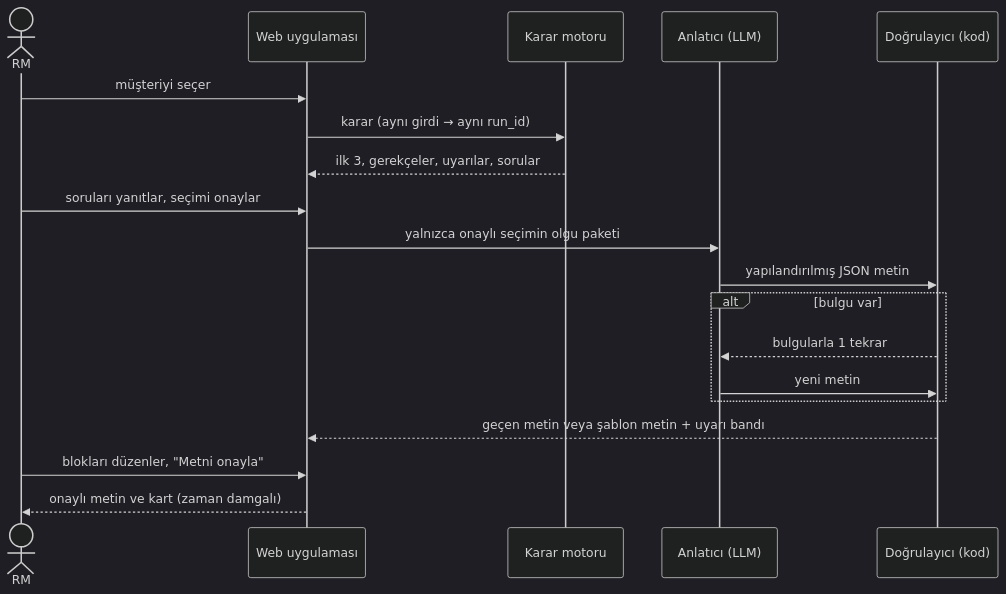
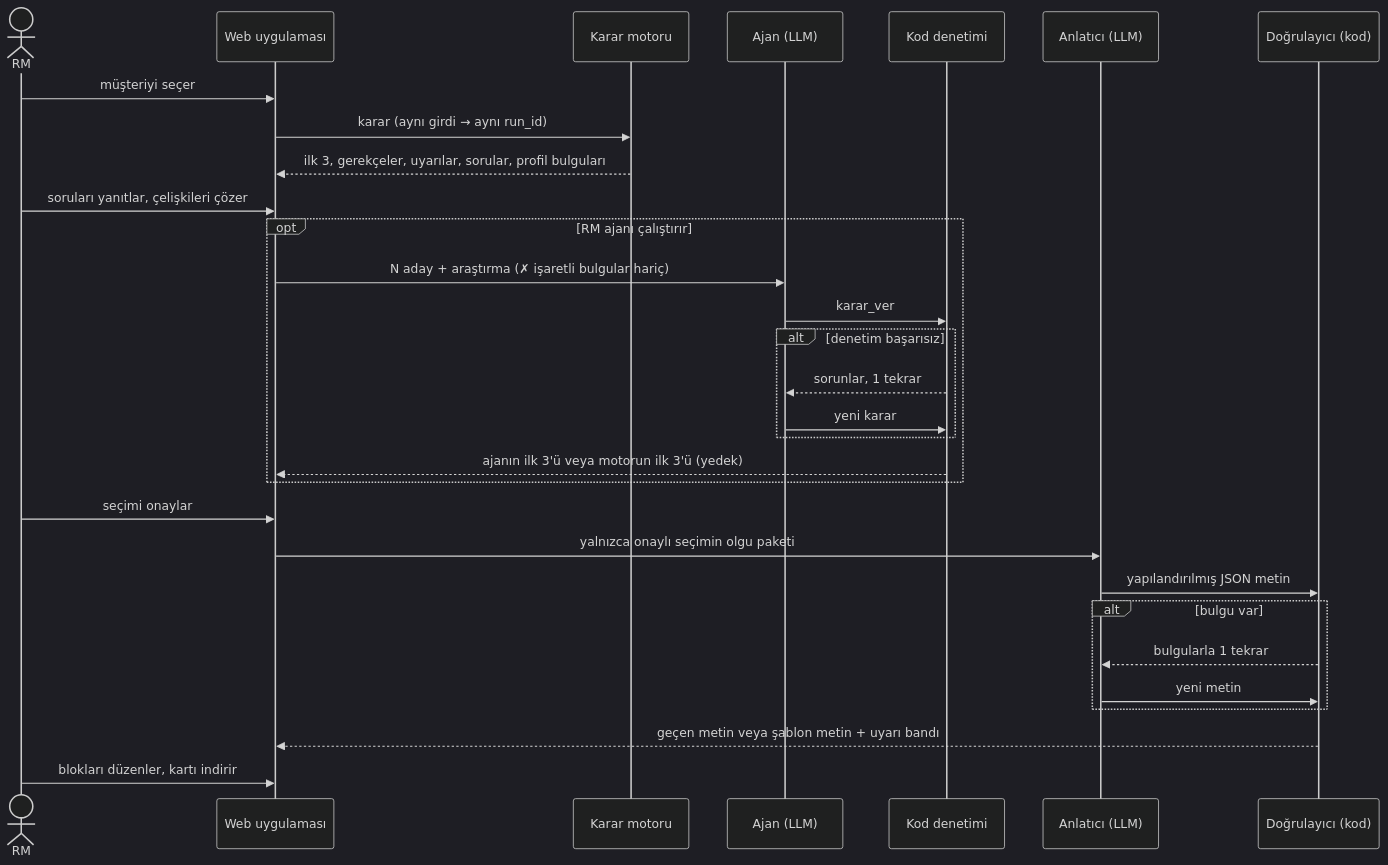
One commit to ArdahanDogru/ing-hackathon-rm-prep changed the fourth of 6 diagrams in README.md. Above: the diagram before and after it, drawn with Mermaid (dark theme). The commit also changed other lines of this file, not shown here.

````diff
--- a/README.md
+++ b/README.md
@@ -217,21 +340,32 @@
 ```mermaid
 sequenceDiagram
     actor RM
     participant UI as Web uygulaması
     participant E as Karar motoru
+    participant A as Ajan (LLM)
+    participant C as Kod denetimi
     participant N as Anlatıcı (LLM)
     participant V as Doğrulayıcı (kod)
     RM->>UI: müşteriyi seçer
     UI->>E: karar (aynı girdi → aynı run_id)
-    E-->>UI: ilk 3, gerekçeler, uyarılar, sorular
-    RM->>UI: soruları yanıtlar, seçimi onaylar
+    E-->>UI: ilk 3, gerekçeler, uyarılar, sorular, profil bulguları
+    RM->>UI: soruları yanıtlar, çelişkileri çözer
+    opt RM ajanı çalıştırır
+        UI->>A: N aday + araştırma (✗ işaretli bulgular hariç)
+        A->>C: karar_ver
+        alt denetim başarısız
+            C-->>A: sorunlar, 1 tekrar
+            A->>C: yeni karar
+        end
+        C-->>UI: ajanın ilk 3'ü veya motorun ilk 3'ü (yedek)
+    end
+    RM->>UI: seçimi onaylar
     UI->>N: yalnızca onaylı seçimin olgu paketi
     N->>V: yapılandırılmış JSON metin
     alt bulgu var
         V-->>N: bulgularla 1 tekrar
         N->>V: yeni metin
     end
     V-->>UI: geçen metin veya şablon metin + uyarı bandı
-    RM->>UI: blokları düzenler, "Metni onayla"
-    UI-->>RM: onaylı metin ve kart (zaman damgalı)
+    RM->>UI: blokları düzenler, kartı indirir
 ```
````
